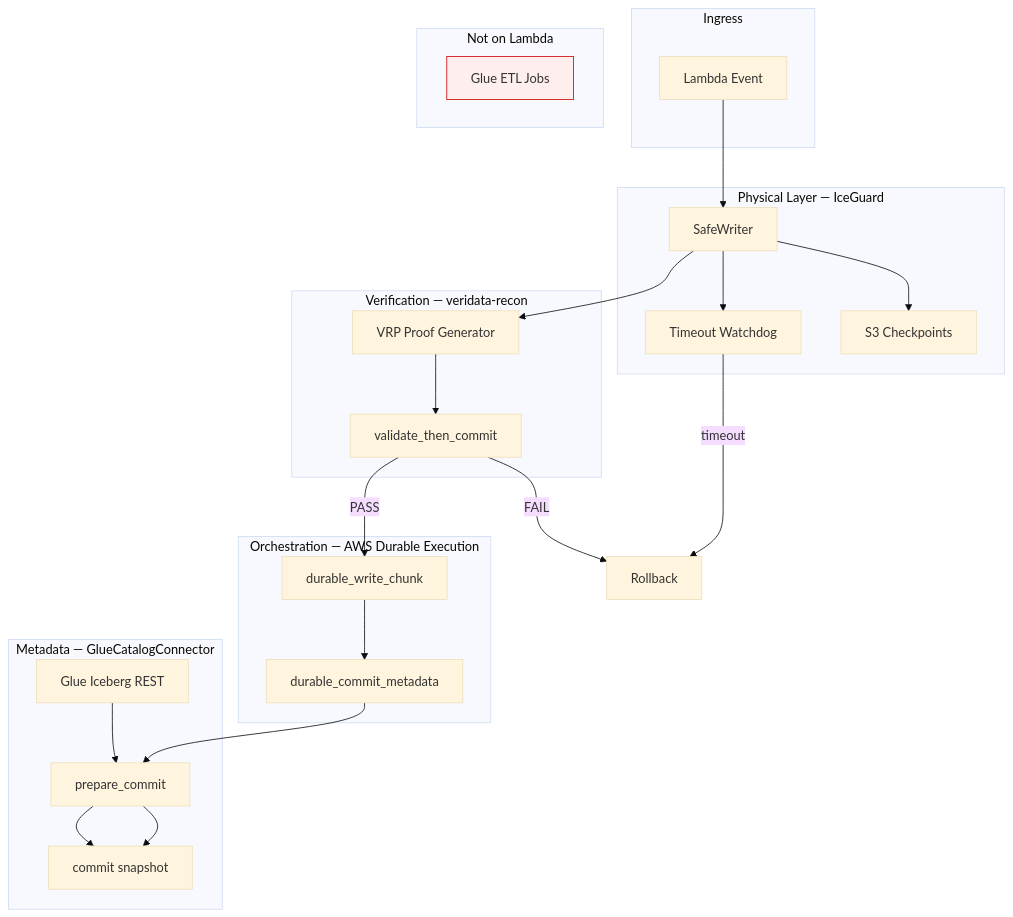
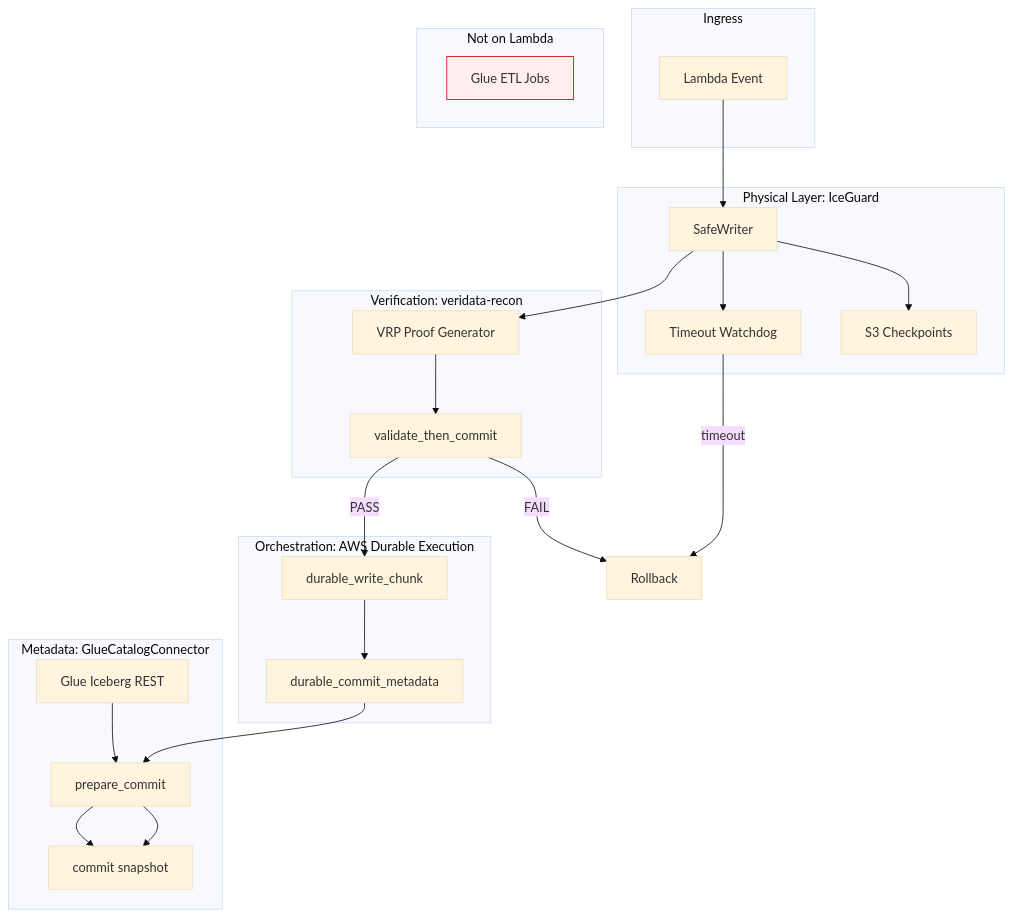
The first of 3 diagrams in docs/architecture.md (vaquarkhan/aws-serverless-datamesh-framework), drawn with Mermaid (base theme) before and after one commit. The commit also changed other lines of this file and 30 other files, not shown here.

````diff
--- a/docs/architecture.md
+++ b/docs/architecture.md
@@ -17,44 +17,44 @@
 ```mermaid
 flowchart TB
     subgraph ingress [Ingress]
         EVT[Lambda Event]
     end
 
-    subgraph physical [Physical Layer — IceGuard]
+    subgraph physical [Physical Layer: IceGuard]
         SW[SafeWriter]
         WD[Timeout Watchdog]
         CP[S3 Checkpoints]
     end
 
-    subgraph verify [Verification — veridata-recon]
+    subgraph verify [Verification: veridata-recon]
         VRP[VRP Proof Generator]
         VTC[validate_then_commit]
     end
 
-    subgraph durable [Orchestration — AWS Durable Execution]
+    subgraph durable [Orchestration: AWS Durable Execution]
         DS1[durable_write_chunk]
         DS2[durable_commit_metadata]
     end
 
-    subgraph metadata [Metadata — GlueCatalogConnector]
+    subgraph metadata [Metadata: GlueCatalogConnector]
         CONN[Glue Iceberg REST]
         PREP[prepare_commit]
         COMMIT[commit snapshot]
         CONN --> PREP --> COMMIT
     end
 
     subgraph not_on_lambda [Not on Lambda]
         GLUE_ETL[Glue ETL Jobs]
         style GLUE_ETL fill:#fee,stroke:#c00
     end
 
     EVT --> SW
     SW --> VRP --> VTC
     VTC -->|PASS| DS1
     DS1 --> DS2
     DS2 --> PREP --> COMMIT
     SW --> WD
     SW --> CP
     VTC -->|FAIL| RB[Rollback]
     WD -->|timeout| RB
 ```
````
